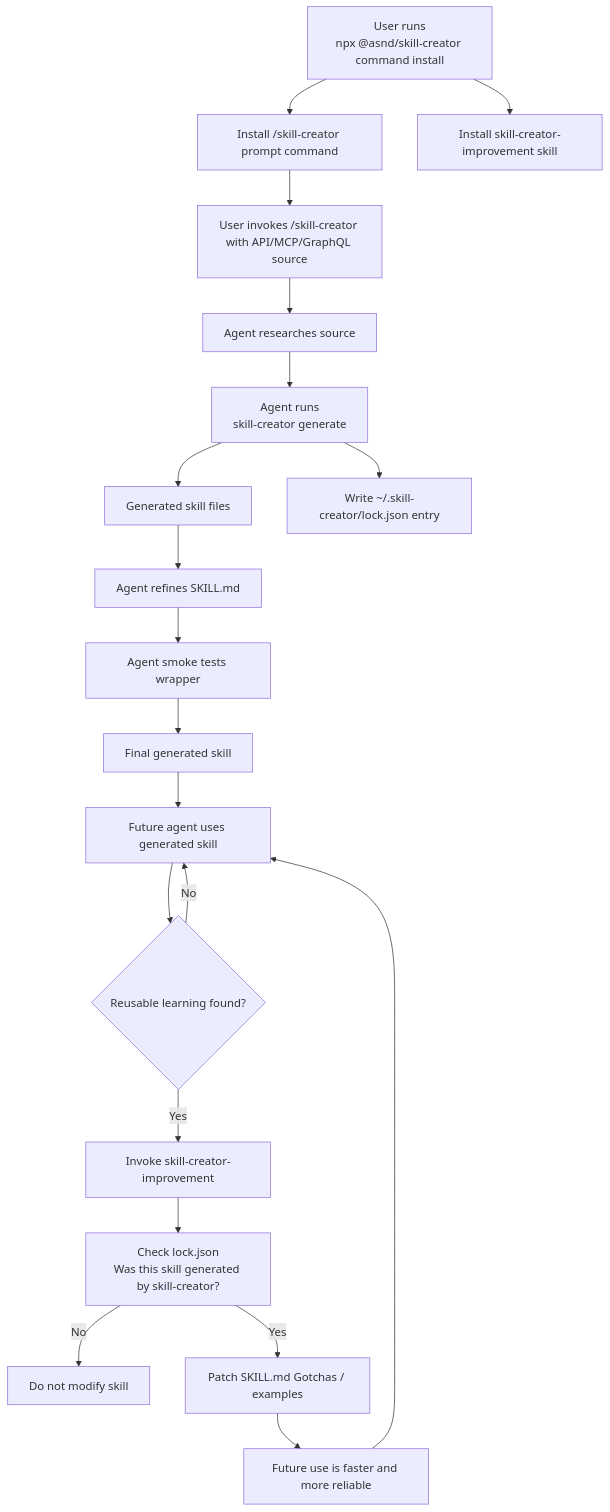
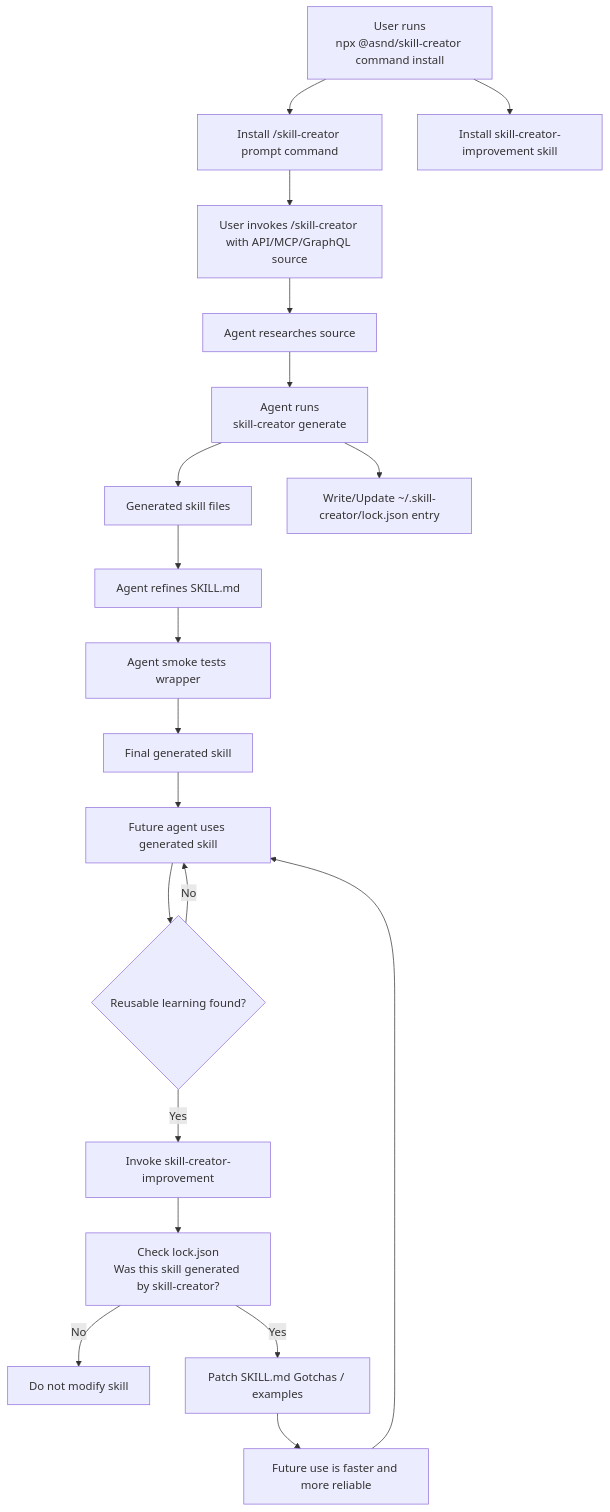
One commit to sandiiarov/skill-creator changed the diagram in README.md. Above: the diagram before and after it, drawn with Mermaid. The commit also changed other lines of this file and 7 other files, not shown here.

````diff
--- a/README.md
+++ b/README.md
@@ -91,22 +91,22 @@
 ```mermaid
 flowchart TD
     A[User runs<br/>npx @asnd/skill-creator command install] --> B[Install /skill-creator prompt command]
     A --> C[Install skill-creator-improvement skill]
     B --> D[User invokes /skill-creator with API/MCP/GraphQL source]
     D --> E[Agent researches source]
     E --> F[Agent runs<br/>skill-creator generate]
     F --> G[Generated skill files]
-    F --> H[Write ~/.skill-creator/lock.json entry]
+    F --> H[Write/Update ~/.skill-creator/lock.json entry]
     G --> I[Agent refines SKILL.md]
     I --> J[Agent smoke tests wrapper]
     J --> K[Final generated skill]
     K --> L[Future agent uses generated skill]
     L --> M{Reusable learning found?}
     M -- No --> L
     M -- Yes --> N[Invoke skill-creator-improvement]
     N --> O[Check lock.json<br/>Was this skill generated by skill-creator?]
     O -- No --> P[Do not modify skill]
     O -- Yes --> Q[Patch SKILL.md Gotchas / examples]
     Q --> R[Future use is faster and more reliable]
     R --> L
 ```
````
